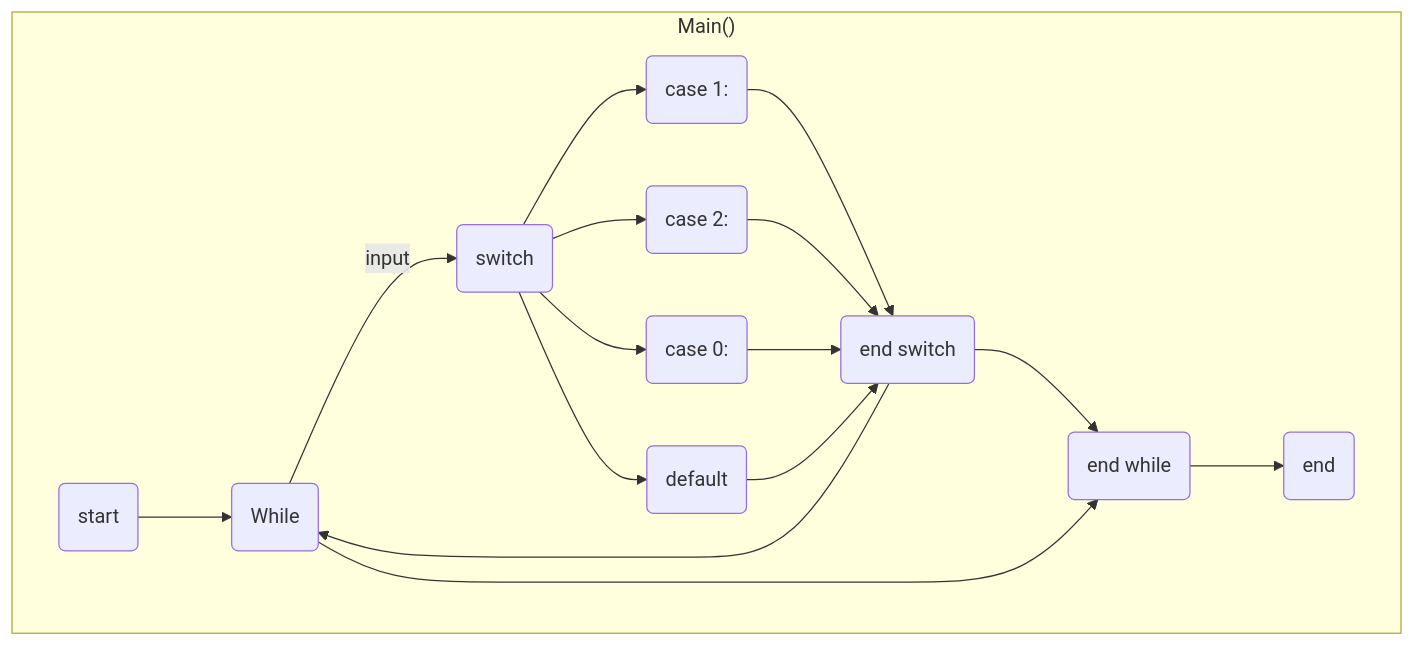
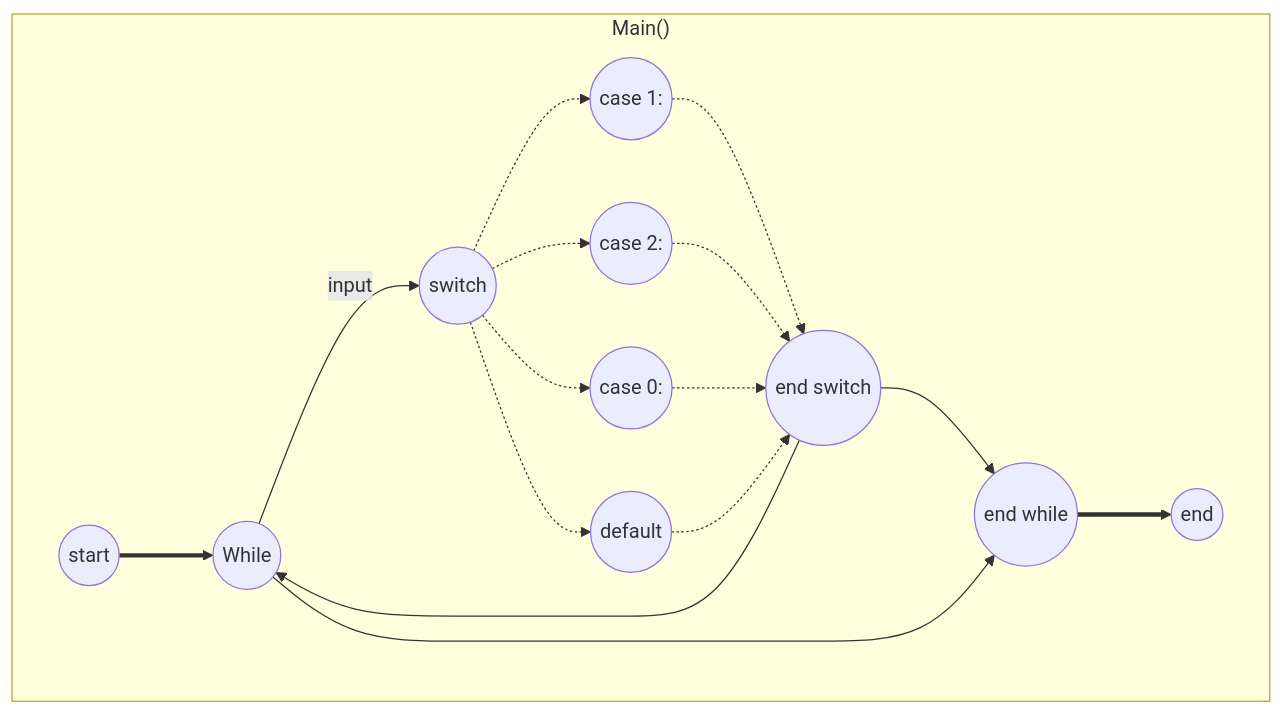
The fifth of 8 diagrams in Walkthrough.md (AlbelNox/EAN-Progamm), drawn with Mermaid before and after one commit. The commit also changed other lines of this file, not shown here.

First line of the commit message:
amend Controll Flow Graphs

````diff
--- a/Walkthrough.md
+++ b/Walkthrough.md
@@ -164,19 +164,19 @@
 ```mermaid
 graph TD
 subgraph "Main()"
-A(start) --> B(While)
-B -->|input| C(switch)
-C --> D(case 1:)
-C --> E(case 2:)
-C --> F(case 0:)
-C --> G(default)
-D --> H(end switch)
-E --> H
-F --> H
-G --> H
-H --> I(end while)
+A((start)) ==> B((While))
+B -->|input| C((switch))
+C -.-> D((case 1:))
+C -.-> E((case 2:))
+C -.-> F((case 0:))
+C -.-> G((default))
+D -.-> H((end switch))
+E -.-> H
+F -.-> H
+G -.-> H
+H --> I((end while))
 B --> I
 H --> B
-I --> J(end)
+I ==> J((end))
 end
 ```
````
